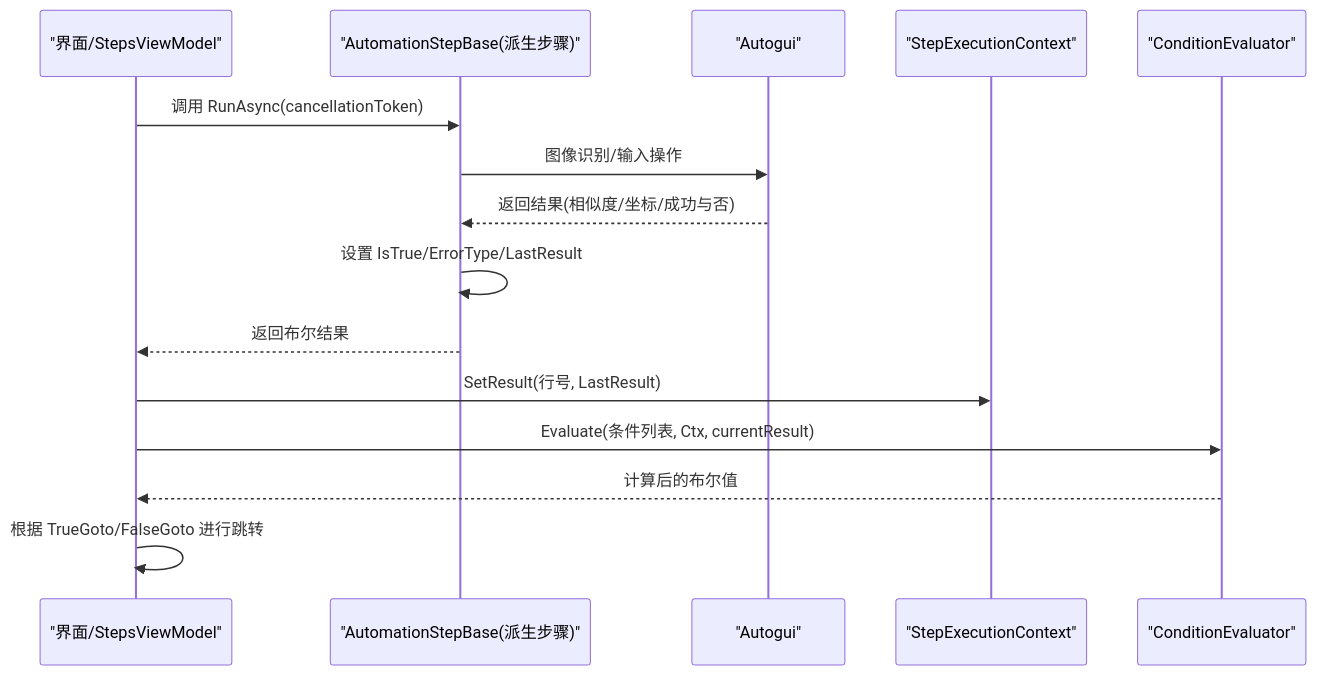
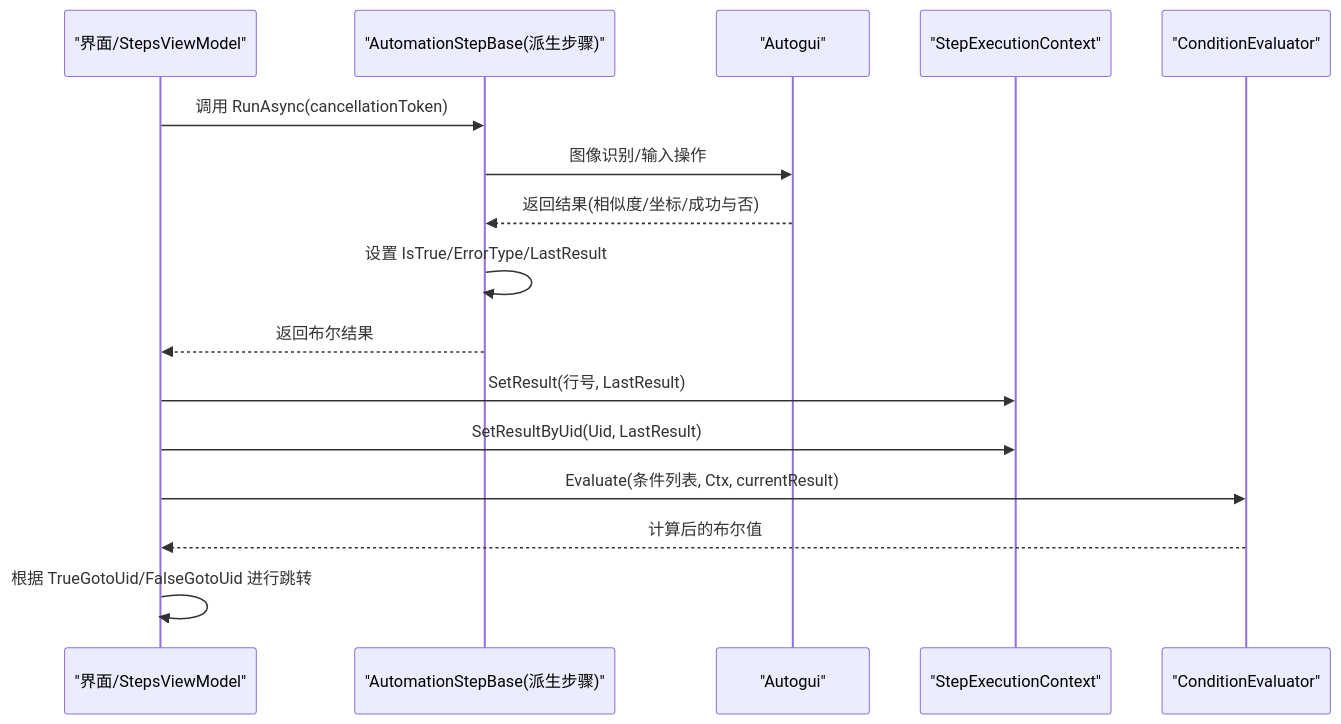
One commit to yooxii/ShaoLuAuto changed the second of 5 diagrams in .qoder/repowiki/zh/content/自动化步骤系统/自动化步骤系统.md. Above: the diagram before and after it, drawn with Mermaid. The commit also changed other lines of this file and 45 other files, not shown here.

````diff
--- a/.qoder/repowiki/zh/content/自动化步骤系统/自动化步骤系统.md
+++ b/.qoder/repowiki/zh/content/自动化步骤系统/自动化步骤系统.md
@@ -109,17 +124,18 @@
 ```mermaid
 sequenceDiagram
 participant UI as "界面/StepsViewModel"
 participant Step as "AutomationStepBase(派生步骤)"
 participant Auto as "Autogui"
 participant Ctx as "StepExecutionContext"
 participant Eval as "ConditionEvaluator"
 UI->>Step : 调用 RunAsync(cancellationToken)
 Step->>Auto : 图像识别/输入操作
 Auto-->>Step : 返回结果(相似度/坐标/成功与否)
 Step->>Step : 设置 IsTrue/ErrorType/LastResult
 Step-->>UI : 返回布尔结果
 UI->>Ctx : SetResult(行号, LastResult)
+UI->>Ctx : SetResultByUid(Uid, LastResult)
 UI->>Eval : Evaluate(条件列表, Ctx, currentResult)
 Eval-->>UI : 计算后的布尔值
-UI->>UI : 根据 TrueGoto/FalseGoto 进行跳转
+UI->>UI : 根据 TrueGotoUid/FalseGotoUid 进行跳转
 ```
````
